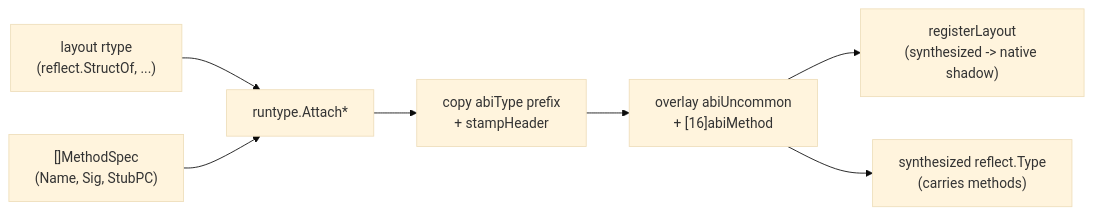
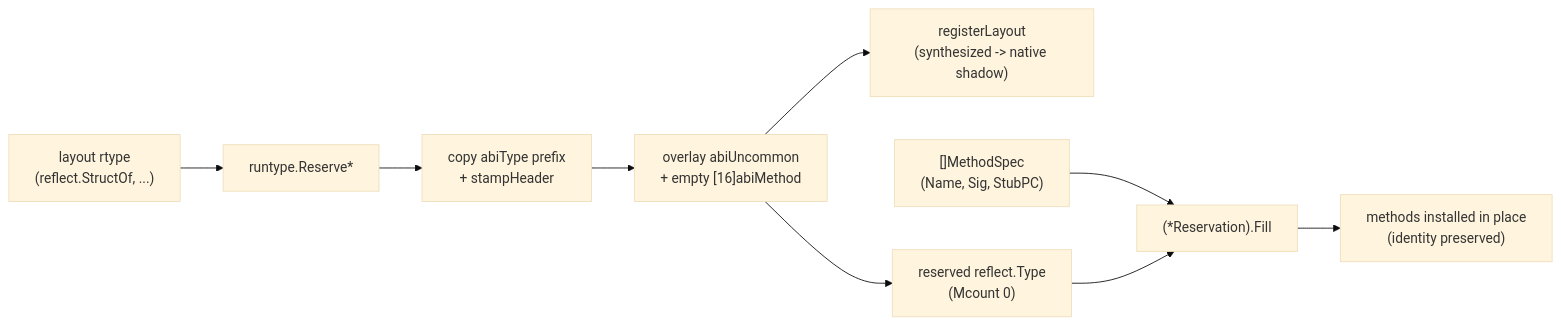
One commit to mvm-sh/mvm changed the diagram in docs/modules/runtype.md. Above: the diagram before and after it, drawn with Mermaid (base theme). The commit also changed other lines of this file and 21 other files, not shown here.

````diff
--- a/docs/modules/runtype.md
+++ b/docs/modules/runtype.md
@@ -54,9 +60,11 @@
 ```mermaid
 flowchart LR
-    layout["layout rtype<br/>(reflect.StructOf, ...)"] --> attach["runtype.Attach*"]
-    specs["[]MethodSpec<br/>(Name, Sig, StubPC)"] --> attach
-    attach --> clone["copy abiType prefix<br/>+ stampHeader"]
-    clone --> overlay["overlay abiUncommon<br/>+ [16]abiMethod"]
+    layout["layout rtype<br/>(reflect.StructOf, ...)"] --> reserve["runtype.Reserve*"]
+    reserve --> clone["copy abiType prefix<br/>+ stampHeader"]
+    clone --> overlay["overlay abiUncommon<br/>+ empty [16]abiMethod"]
     overlay --> reg["registerLayout<br/>(synthesized -> native shadow)"]
-    overlay --> rt["synthesized reflect.Type<br/>(carries methods)"]
+    overlay --> rt["reserved reflect.Type<br/>(Mcount 0)"]
+    specs["[]MethodSpec<br/>(Name, Sig, StubPC)"] --> fill["(*Reservation).Fill"]
+    rt --> fill
+    fill --> done["methods installed in place<br/>(identity preserved)"]
 ```
````
